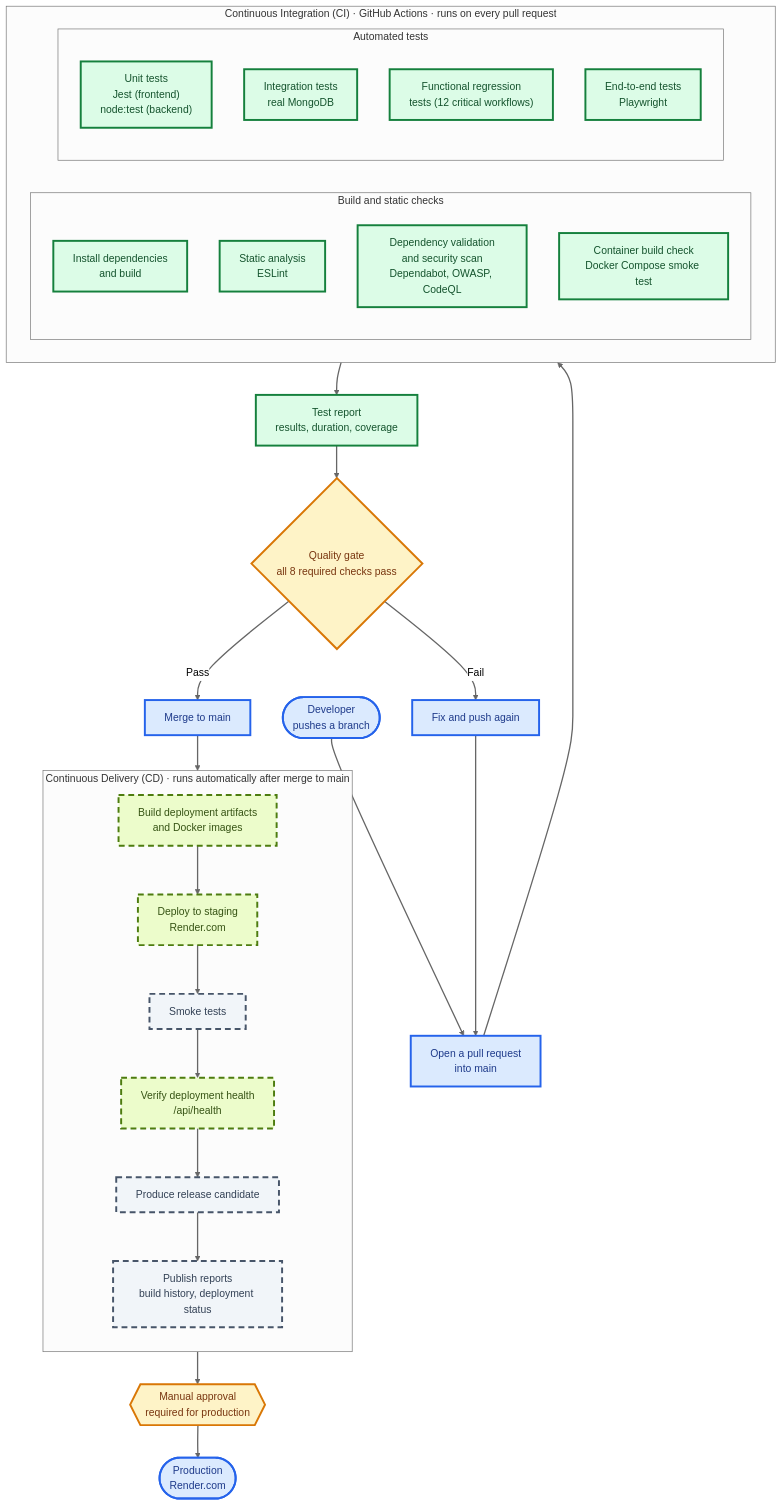
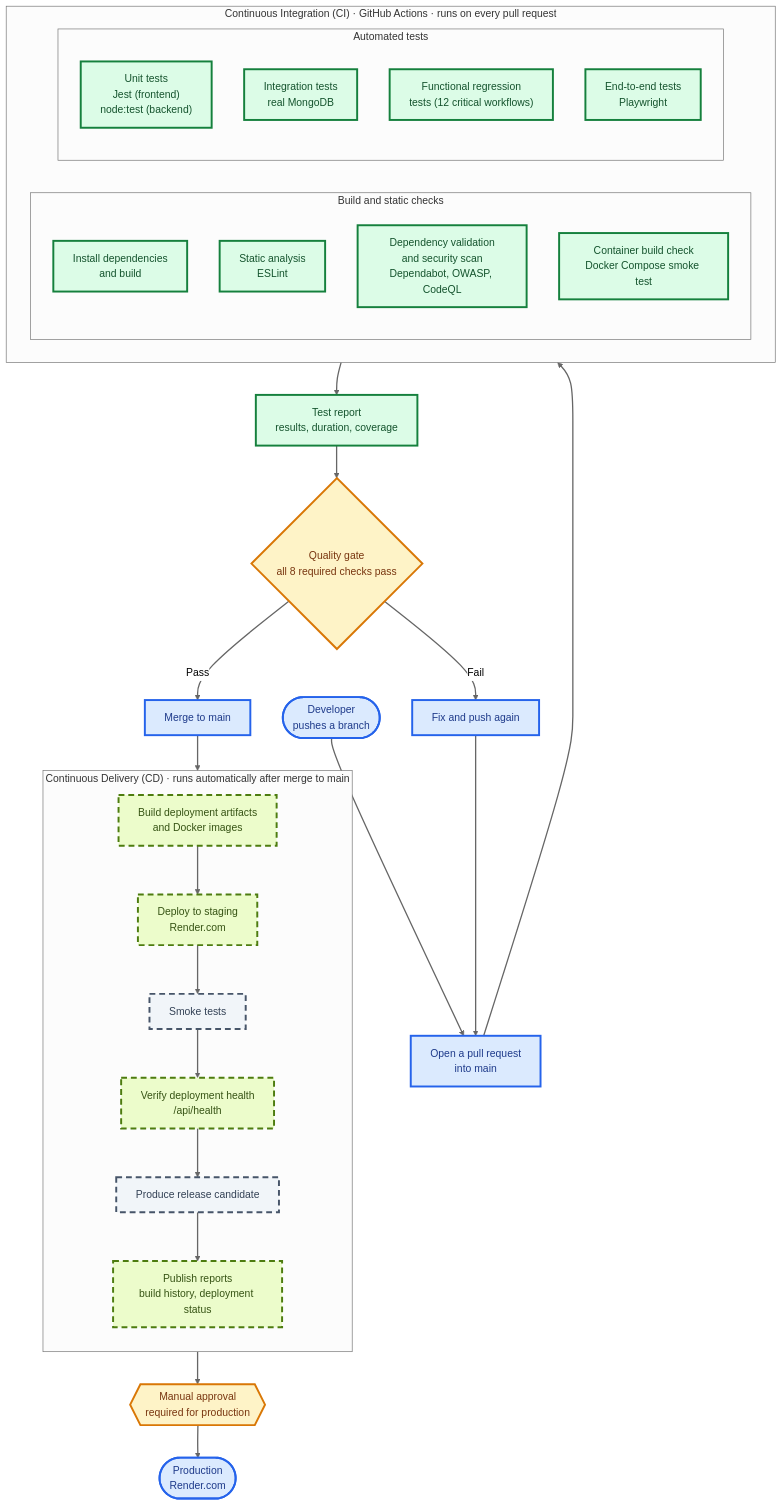
One commit to IT7993-FALL-2026-PEERS/ProjectPeerEvaluation changed the first of 4 diagrams in README.md. Above: the diagram before and after it, drawn with Mermaid (neutral theme). The commit also changed other lines of this file, not shown here.

````diff
--- a/README.md
+++ b/README.md
@@ -59,57 +59,57 @@
 ```mermaid
 flowchart TB
     DEV(["Developer<br/>pushes a branch"]) --> PR["Open a pull request<br/>into main"]
 
     subgraph CI["Continuous Integration (CI) · GitHub Actions · runs on every pull request"]
         direction LR
         subgraph STATIC["Build and static checks"]
             direction TB
             BUILD_APP["Install dependencies<br/>and build"]
             LINT["Static analysis<br/>ESLint"]
             SEC["Dependency validation<br/>and security scan<br/>Dependabot, OWASP, CodeQL"]
             DOCKER["Container build check<br/>Docker Compose smoke test"]
         end
         subgraph TESTS["Automated tests"]
             direction TB
             UNIT["Unit tests<br/>Jest (frontend)<br/>node:test (backend)"]
             INTEG["Integration tests<br/>real MongoDB"]
             REG["Functional regression<br/>tests (12 critical workflows)"]
             E2E["End-to-end tests<br/>Playwright"]
         end
     end
 
     PR --> CI
     CI --> REPORT["Test report<br/>results, duration, coverage"]
     REPORT --> GATE{"Quality gate<br/>all 8 required checks pass"}
     GATE -- "Fail" --> FIX["Fix and push again"]
     FIX --> PR
     GATE -- "Pass" --> MERGE["Merge to main"]
 
     subgraph CD["Continuous Delivery (CD) · runs automatically after merge to main"]
         direction TB
         ARTIFACTS["Build deployment artifacts<br/>and Docker images"]
         STG["Deploy to staging<br/>Render.com"]
         SMOKE["Smoke tests"]
         HEALTH["Verify deployment health<br/>/api/health"]
         RC["Produce release candidate"]
         DREPORT["Publish reports<br/>build history, deployment status"]
         ARTIFACTS --> STG --> SMOKE --> HEALTH --> RC --> DREPORT
     end
 
     MERGE --> ARTIFACTS
     DREPORT --> APPROVE{{"Manual approval<br/>required for production"}}
     APPROVE --> PROD(["Production<br/>Render.com"])
 
     classDef done fill:#dcfce7,stroke:#15803d,color:#14532d,stroke-width:3px
     classDef partial fill:#ecfccb,stroke:#4d7c0f,color:#365314,stroke-width:3px,stroke-dasharray: 9 6
     classDef planned fill:#f1f5f9,stroke:#475569,color:#334155,stroke-width:3px,stroke-dasharray: 9 6
     classDef gate fill:#fef3c7,stroke:#d97706,color:#78350f,stroke-width:3px
     classDef endpoint fill:#dbeafe,stroke:#2563eb,color:#1e3a8a,stroke-width:3px
     linkStyle default stroke-width:2px
 
     class BUILD_APP,LINT,SEC,DOCKER,UNIT,INTEG,REG,E2E,REPORT done
-    class ARTIFACTS,STG,HEALTH partial
-    class SMOKE,RC,DREPORT planned
+    class ARTIFACTS,STG,HEALTH,DREPORT partial
+    class SMOKE,RC planned
     class GATE,APPROVE gate
     class DEV,PROD,PR,MERGE,FIX endpoint
 ```
````
